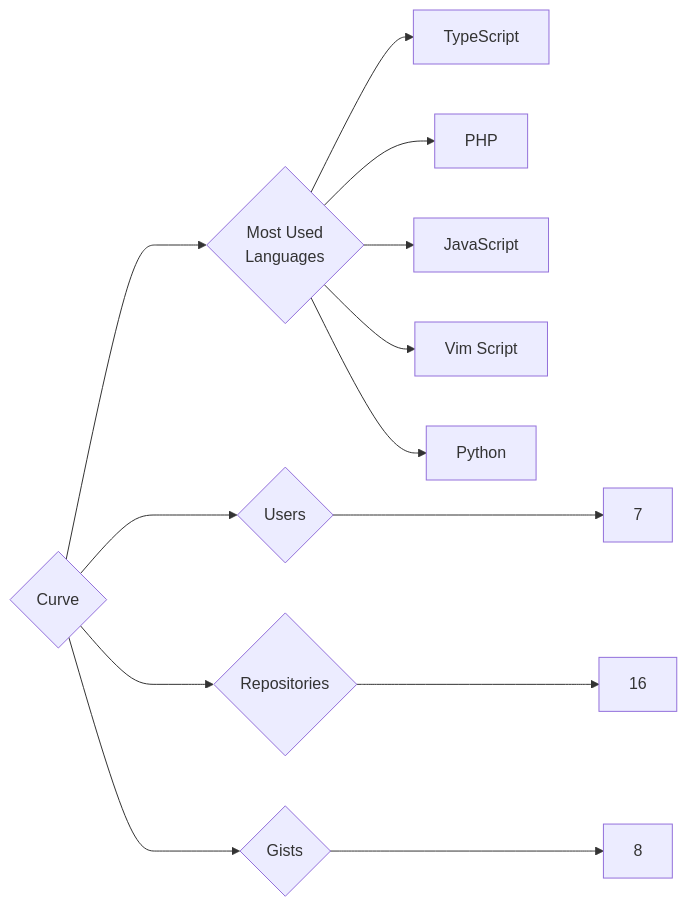
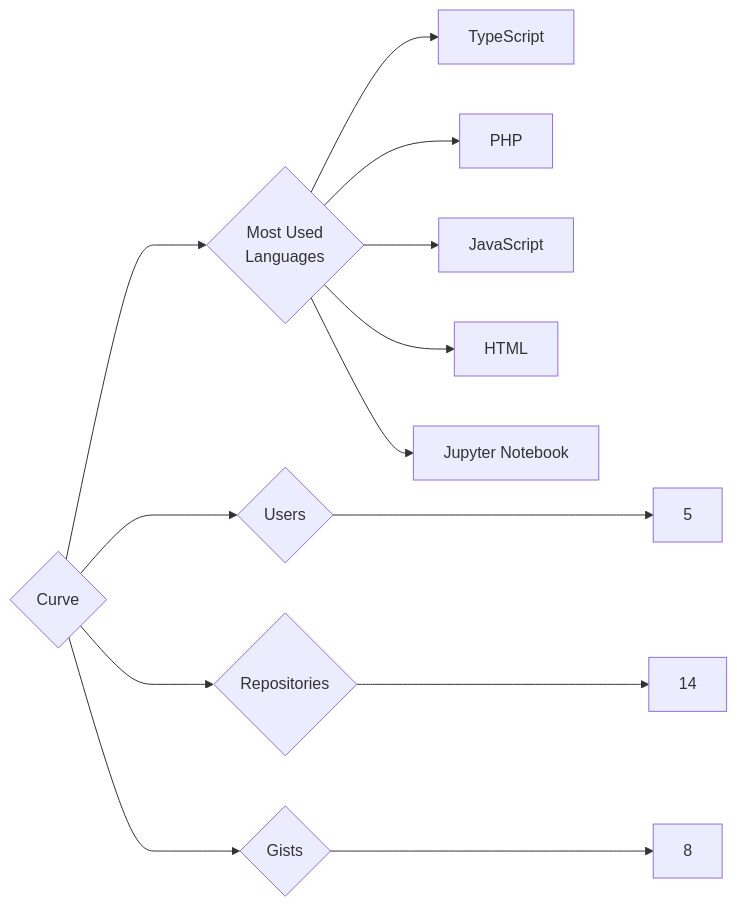
Before and after one commit to trickest/insiders: the diagram in targets/Curve/README.md, drawn with Mermaid. The commit also changed 993 other files, not shown here.

````diff
--- a/targets/Curve/README.md
+++ b/targets/Curve/README.md
@@ -3,13 +3,13 @@
 ```mermaid
 graph LR
 COMPANY_NAME{Curve}
-COMPANY_NAME ---> U{Users} ---> UN[7]
-COMPANY_NAME ---> R{Repositories} ---> RN[16]
+COMPANY_NAME ---> U{Users} ---> UN[5]
+COMPANY_NAME ---> R{Repositories} ---> RN[14]
 COMPANY_NAME ---> G{Gists} ---> GN[8]
 COMPANY_NAME ---> ML{Most Used<br>Languages}
 ML --> TypeScript[TypeScript]
 ML --> PHP[PHP]
 ML --> JavaScript[JavaScript]
-ML --> Vim_Script[Vim Script]
-ML --> Python[Python]
+ML --> HTML[HTML]
+ML --> Jupyter_Notebook[Jupyter Notebook]
 ```
````
